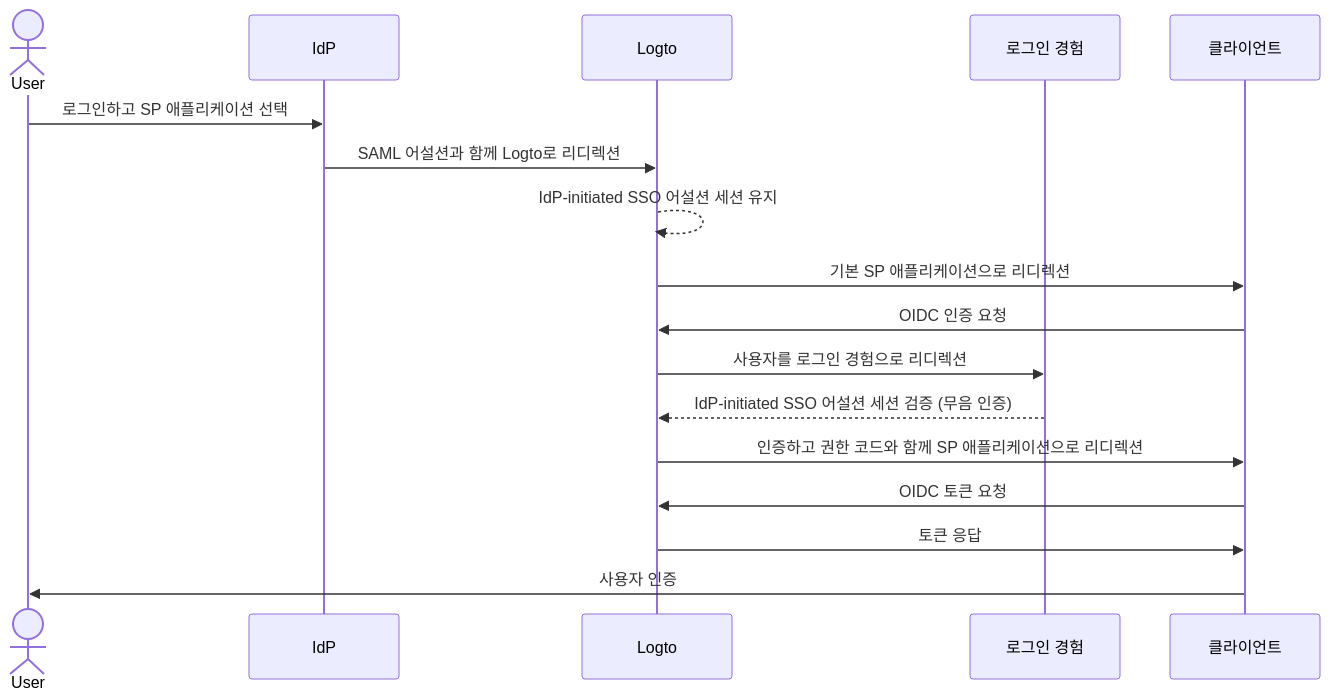
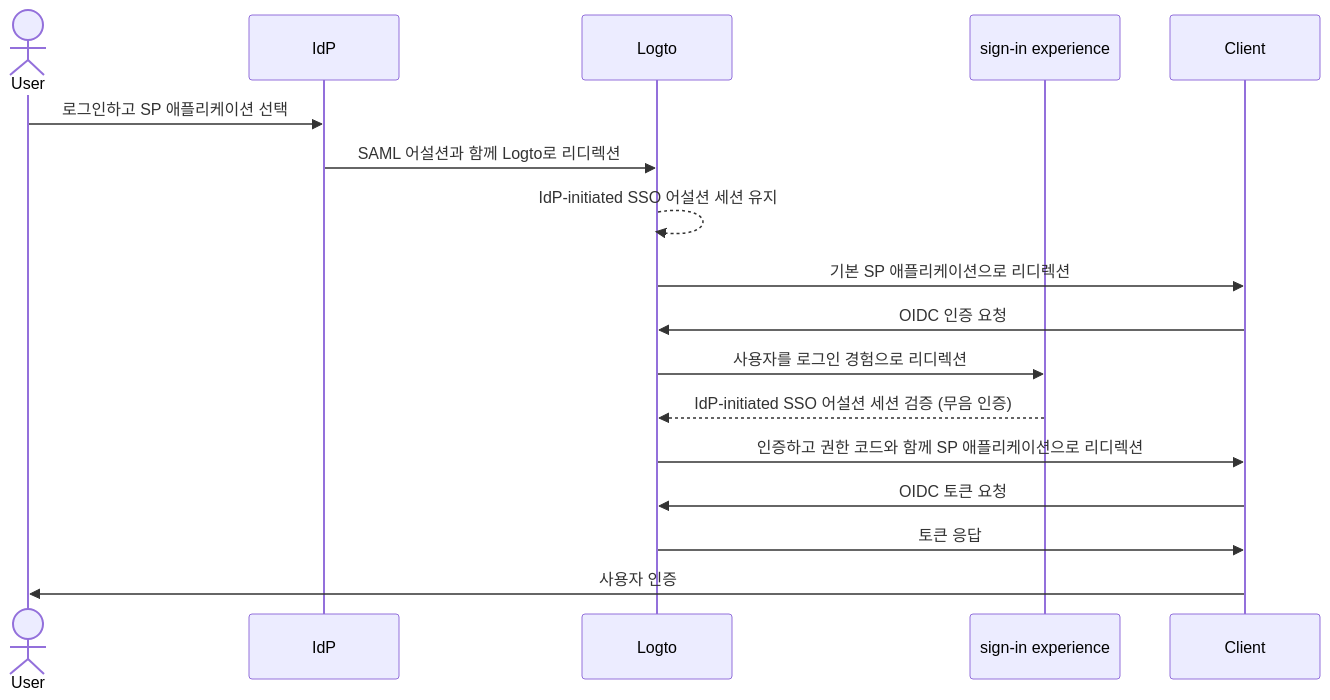
The first of 2 diagrams in i18n/ko/docusaurus-plugin-content-docs/current/end-user-flows/enterprise-sso/idp-initiated-sso.mdx (logto-io/docs), drawn with Mermaid before and after one commit. The commit also changed other lines of this file and 2629 other files, not shown here.

````diff
--- a/i18n/ko/docusaurus-plugin-content-docs/current/end-user-flows/enterprise-sso/idp-initiated-sso.mdx
+++ b/i18n/ko/docusaurus-plugin-content-docs/current/end-user-flows/enterprise-sso/idp-initiated-sso.mdx
@@ -60,20 +63,20 @@
 ```mermaid
 sequenceDiagram
     actor User
     participant IdP as IdP
     participant Logto as Logto
-    participant Experience as 로그인 경험
-    participant SP as 클라이언트
+    participant Experience as sign-in experience
+    participant SP as Client
 
     User->>IdP: 로그인하고 SP 애플리케이션 선택
     IdP->>Logto: SAML 어설션과 함께 Logto로 리디렉션
     Logto-->>Logto: IdP-initiated SSO 어설션 세션 유지
     Logto->>SP: 기본 SP 애플리케이션으로 리디렉션
     SP->>Logto: OIDC 인증 요청
     Logto->>Experience: 사용자를 로그인 경험으로 리디렉션
     Experience-->>Logto: IdP-initiated SSO 어설션 세션 검증 (무음 인증)
     Logto->>SP: 인증하고 권한 코드와 함께 SP 애플리케이션으로 리디렉션
     SP->>Logto: OIDC 토큰 요청
     Logto->>SP: 토큰 응답
     SP->>User: 사용자 인증
 ```
````
